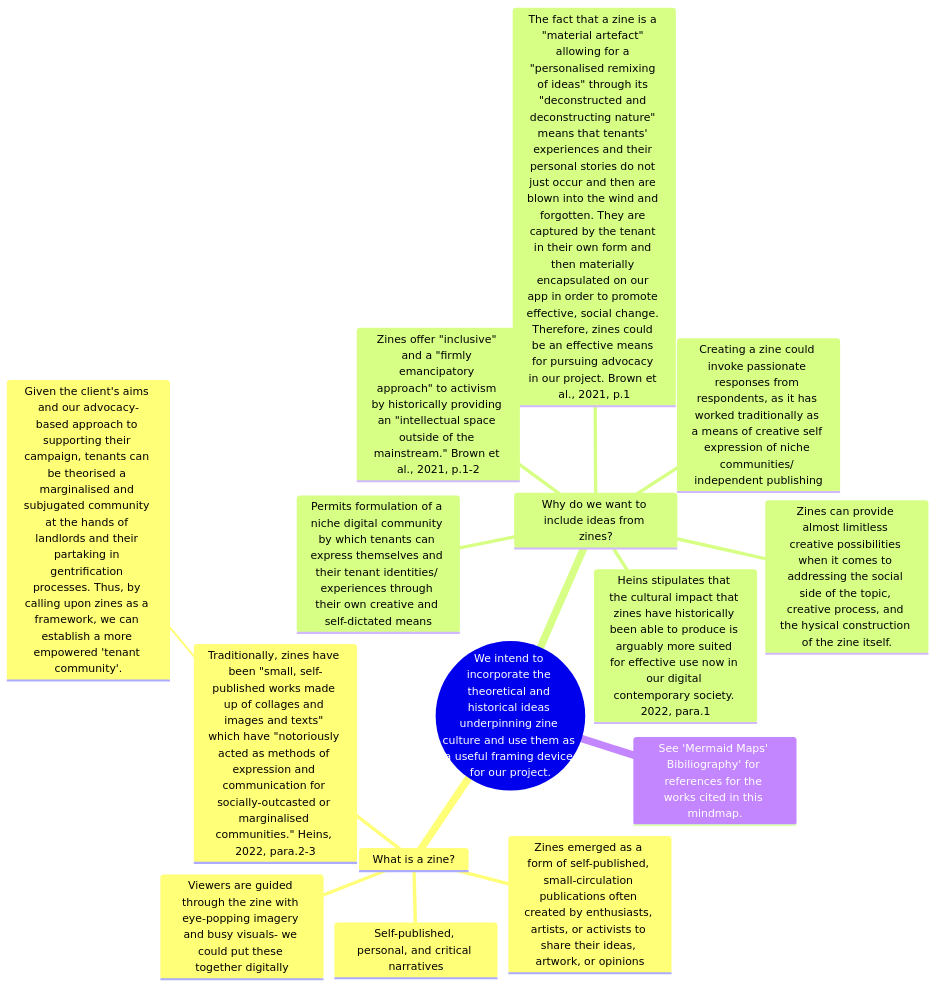
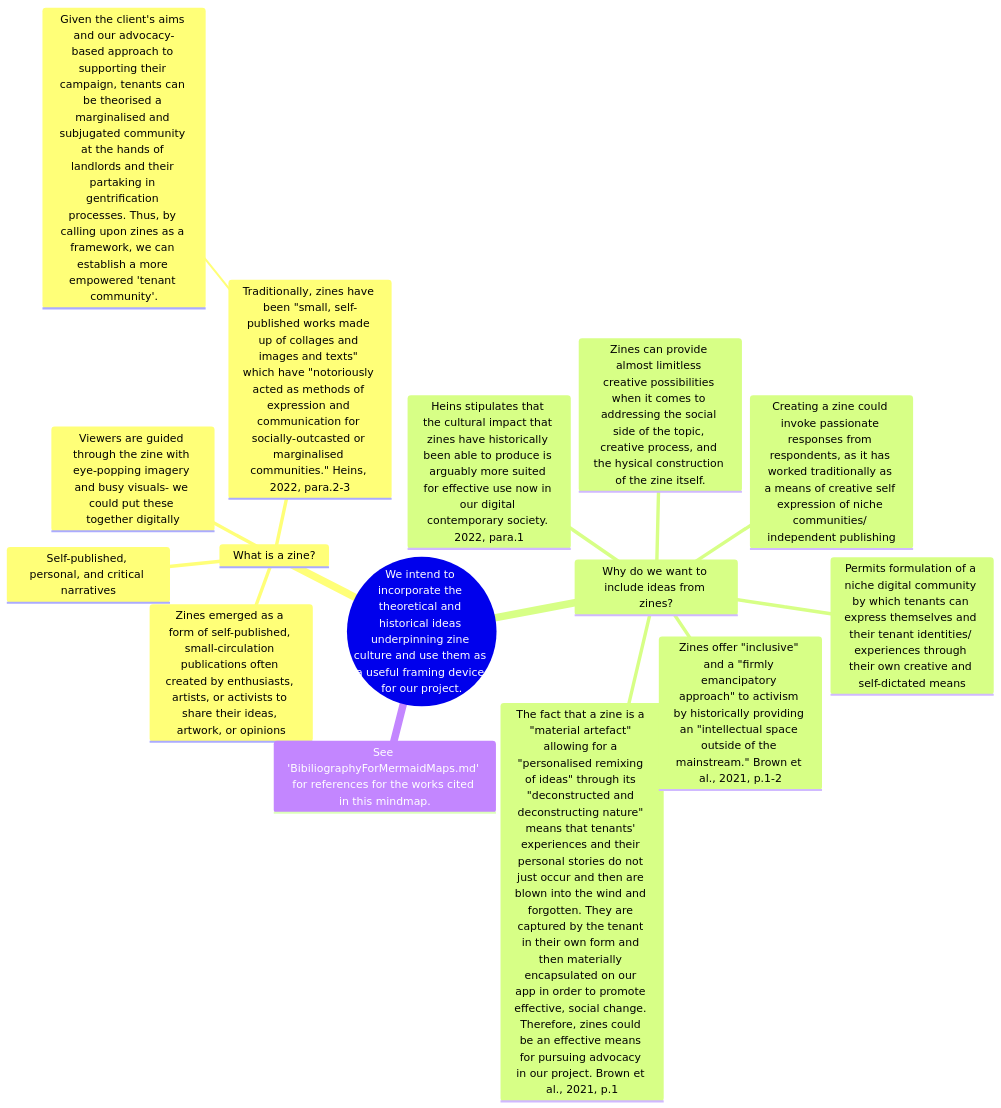
One commit to NU-Digital-Cultures/Trout changed the diagram in ZineCulture.md. Above: the diagram before and after it, drawn with Mermaid.

````diff
--- a/ZineCulture.md
+++ b/ZineCulture.md
@@ -1,18 +1,18 @@
 ``` mermaid
 mindmap
   root((We intend to incorporate the theoretical and historical ideas underpinning zine culture and use them as a useful framing device for our project.))
     What is a zine?
       Self-published, personal, and critical narratives
       Zines emerged as a form of self-published, small-circulation publications often created by enthusiasts, artists, or activists to share their ideas, artwork, or opinions
       Viewers are guided through the zine with eye-popping imagery and busy visuals- we could put these together digitally
       Traditionally, zines have been "small, self-published works made up of collages and images and texts" which have "notoriously acted as methods of expression and communication for socially-outcasted or marginalised communities." Heins, 2022, para.2-3
         Given the client's aims and our advocacy-based approach to supporting their campaign, tenants can be theorised a marginalised and subjugated community at the hands of landlords and their partaking in gentrification processes. Thus, by calling upon zines as a framework, we can establish a more empowered 'tenant community'.
     Why do we want to include ideas from zines?
       Heins stipulates that the cultural impact that zines have historically been able to produce is arguably more suited for effective use now in our digital contemporary society. 2022, para.1
       Permits formulation of a niche digital community by which tenants can express themselves and their tenant identities/ experiences through their own creative and self-dictated means
       The fact that a zine is a "material artefact" allowing for a "personalised remixing of ideas" through its "deconstructed and deconstructing nature" means that tenants' experiences and their personal stories do not just occur and then are blown into the wind and forgotten. They are captured by the tenant in their own form and then materially encapsulated on our app in order to promote effective, social change. Therefore, zines could be an effective means for pursuing advocacy in our project. Brown et al., 2021, p.1
       Zines offer "inclusive" and a "firmly emancipatory approach" to activism by historically providing an "intellectual space outside of the mainstream." Brown et al., 2021, p.1-2
       Zines can provide almost limitless creative possibilities when it comes to addressing the social side of the topic, creative process, and the hysical construction of the zine itself.
       Creating a zine could invoke passionate responses from respondents, as it has worked traditionally as a means of creative self expression of niche communities/ independent publishing
-   See 'Mermaid Maps' Bibiliography' for references for the works cited in this mindmap.
+   See 'BibiliographyForMermaidMaps.md' for references for the works cited in this mindmap.
 ```
````
